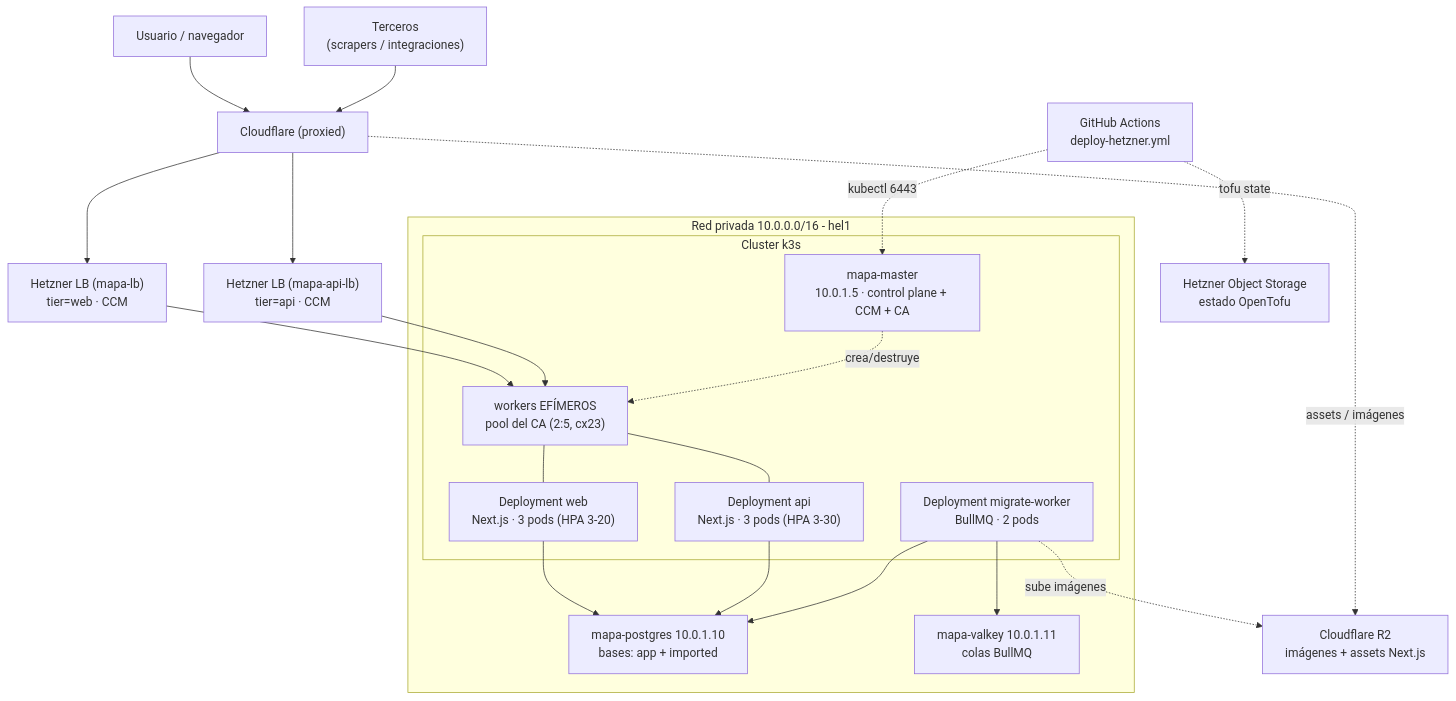
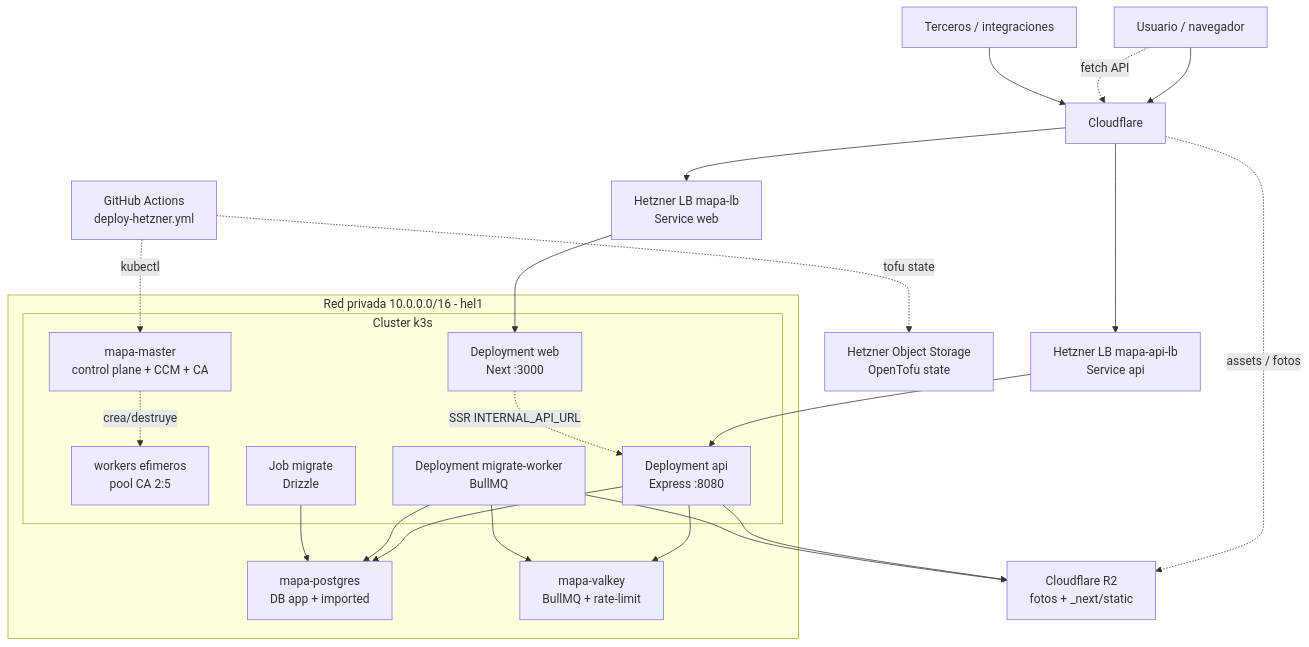
Before and after one commit to JuanMiguelG/mapa-emergencia-rescate: the diagram in docs/architecture/despliegue-kubernetes.md, drawn with Mermaid. The commit also changed other lines of this file and 11 other files, not shown here.

Commit message:
docs: align agent and architecture docs with split stack

````diff
--- a/docs/architecture/despliegue-kubernetes.md
+++ b/docs/architecture/despliegue-kubernetes.md
@@ -141,43 +137,46 @@
 ```mermaid
 flowchart TB
     user["Usuario / navegador"]
-    thirdparty["Terceros<br/>(scrapers / integraciones)"]
-    cf["Cloudflare (proxied)"]
-    r2["Cloudflare R2<br/>imágenes + assets Next.js"]
-    lbweb["Hetzner LB (mapa-lb)<br/>tier=web · CCM"]
-    lbapi["Hetzner LB (mapa-api-lb)<br/>tier=api · CCM"]
+    thirdparty["Terceros / integraciones"]
+    cf["Cloudflare"]
+    r2["Cloudflare R2<br/>fotos + _next/static"]
+    lbweb["Hetzner LB mapa-lb<br/>Service web"]
+    lbapi["Hetzner LB mapa-api-lb<br/>Service api"]
 
     user --> cf
+    user -.fetch API.-> cf
     thirdparty --> cf
     cf --> lbweb
     cf --> lbapi
-    cf -.assets / imágenes.-> r2
+    cf -.assets / fotos.-> r2
 
     subgraph net["Red privada 10.0.0.0/16 - hel1"]
         subgraph k3s["Cluster k3s"]
-            master["mapa-master<br/>10.0.1.5 · control plane + CCM + CA"]
-            nodes["workers EFÍMEROS<br/>pool del CA (2:5, cx23)"]
-            web["Deployment web<br/>Next.js · 3 pods (HPA 3-20)"]
-            api["Deployment api<br/>Next.js · 3 pods (HPA 3-30)"]
-            mw["Deployment migrate-worker<br/>BullMQ · 2 pods"]
+            master["mapa-master<br/>control plane + CCM + CA"]
+            nodes["workers efimeros<br/>pool CA 2:5"]
+            web["Deployment web<br/>Next :3000"]
+            api["Deployment api<br/>Express :8080"]
+            worker["Deployment migrate-worker<br/>BullMQ"]
+            migrate["Job migrate<br/>Drizzle"]
         end
-        pg["mapa-postgres 10.0.1.10<br/>bases: app + imported"]
-        vk["mapa-valkey 10.0.1.11<br/>colas BullMQ"]
+        pg["mapa-postgres<br/>DB app + imported"]
+        vk["mapa-valkey<br/>BullMQ + rate-limit"]
     end
 
-    lbweb --> nodes
-    lbapi --> nodes
-    nodes --- web
-    nodes --- api
+    lbweb --> web
+    lbapi --> api
     master -.crea/destruye.-> nodes
-    web --> pg
+    web -.SSR INTERNAL_API_URL.-> api
     api --> pg
-    mw --> pg
-    mw --> vk
-    mw -.sube imágenes.-> r2
+    api --> vk
+    api --> r2
+    worker --> pg
+    worker --> vk
+    worker --> r2
+    migrate --> pg
 
     ci["GitHub Actions<br/>deploy-hetzner.yml"]
-    tfstate["Hetzner Object Storage<br/>estado OpenTofu"]
-    ci -.kubectl 6443.-> master
+    tfstate["Hetzner Object Storage<br/>OpenTofu state"]
+    ci -.kubectl.-> master
     ci -.tofu state.-> tfstate
 ```
````
